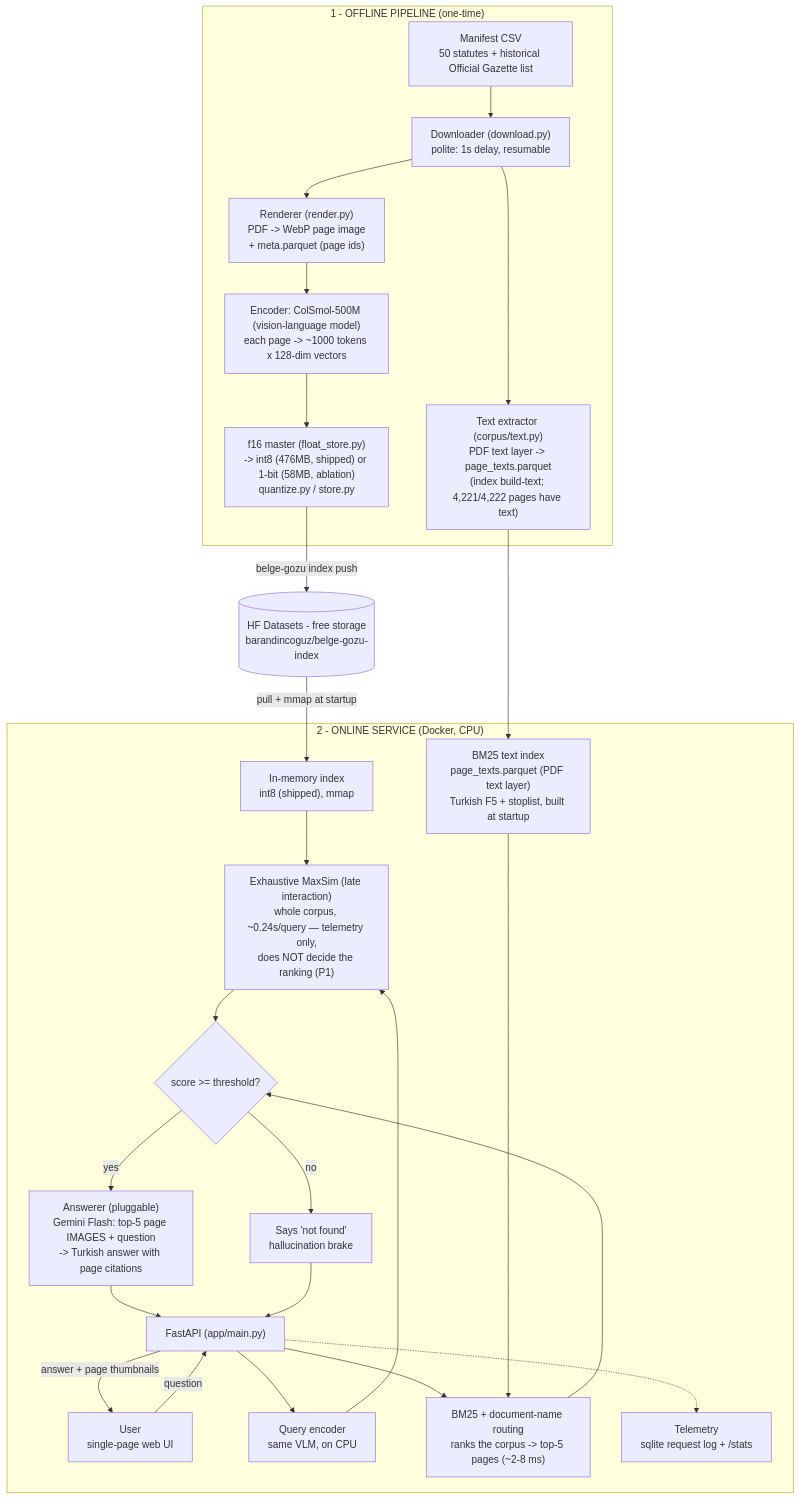
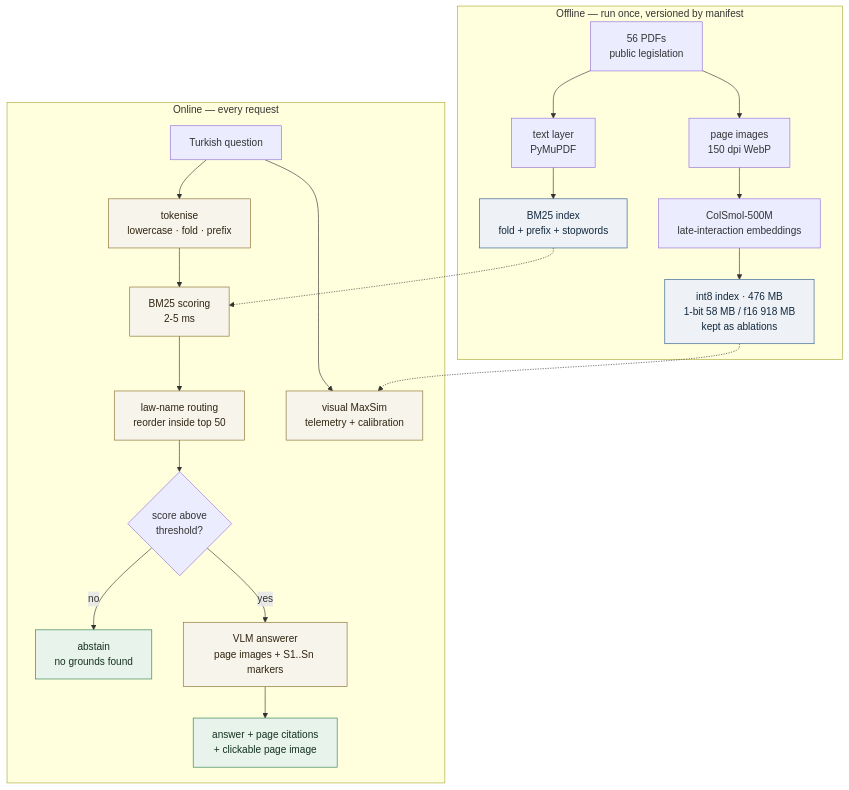
One commit to barandincoguz/belge-gozu changed the third of 3 diagrams in README.md. Above: the diagram before and after it, drawn with Mermaid. The commit also changed other lines of this file, not shown here.

````diff
--- a/README.md
+++ b/README.md
@@ -40,34 +117,31 @@
 ```mermaid
-flowchart TD
-  subgraph OFF["1 - OFFLINE PIPELINE (one-time)"]
-    M["Manifest CSV<br/>50 statutes + historical Official Gazette list"] --> D["Downloader (download.py)<br/>polite: 1s delay, resumable"]
-    D --> R["Renderer (render.py)<br/>PDF -> WebP page image<br/>+ meta.parquet (page ids)"]
-    R --> E["Encoder: ColSmol-500M (vision-language model)<br/>each page -> ~1000 tokens x 128-dim vectors"]
-    E --> P["f16 master (float_store.py)<br/>-> int8 (476MB, shipped) or 1-bit (58MB, ablation)<br/>quantize.py / store.py"]
-    D --> T["Text extractor (corpus/text.py)<br/>PDF text layer -> page_texts.parquet<br/>(index build-text; 4,221/4,222 pages have text)"]
-  end
+flowchart TB
+    subgraph OFF["Offline — run once, versioned by manifest"]
+        PDF["56 PDFs<br/>public legislation"] --> IMG["page images<br/>150 dpi WebP"]
+        PDF --> TXT["text layer<br/>PyMuPDF"]
+        IMG --> EMB["ColSmol-500M<br/>late-interaction embeddings"]
+        EMB --> Q8["int8 index · 476 MB<br/>1-bit 58 MB / f16 918 MB<br/>kept as ablations"]
+        TXT --> BM["BM25 index<br/>fold + prefix + stopwords"]
+    end
 
-  P -->|"belge-gozu index push"| HUB[("HF Datasets - free storage<br/>barandincoguz/belge-gozu-index")]
-  T --> TXT
+    subgraph ON["Online — every request"]
+        QRY["Turkish question"] --> TOK["tokenise<br/>lowercase · fold · prefix"]
+        TOK --> BM25["BM25 scoring<br/>2-5 ms"]
+        BM25 --> ROUTE["law-name routing<br/>reorder inside top 50"]
+        QRY --> VIS["visual MaxSim<br/>telemetry + calibration"]
+        ROUTE --> GATE{"score above<br/>threshold?"}
+        GATE -->|no| ABS["abstain<br/>no grounds found"]
+        GATE -->|yes| LLM["VLM answerer<br/>page images + S1..Sn markers"]
+        LLM --> CITE["answer + page citations<br/>+ clickable page image"]
+    end
 
-  subgraph ON["2 - ONLINE SERVICE (Docker, CPU)"]
-    IDX["In-memory index<br/>int8 (shipped), mmap"]
-    TXT["BM25 text index<br/>page_texts.parquet (PDF text layer)<br/>Turkish F5 + stoplist, built at startup"]
-    U["User<br/>single-page web UI"] -->|"question"| API["FastAPI (app/main.py)"]
-    API --> QE["Query encoder<br/>same VLM, on CPU"]
-    QE --> S2["Exhaustive MaxSim (late interaction)<br/>whole corpus, ~0.24s/query — telemetry only,<br/>does NOT decide the ranking (P1)"]
-    IDX --> S2
-    API --> BM["BM25 + document-name routing<br/>ranks the corpus -> top-5 pages (~2-8 ms)"]
-    TXT --> BM
-    S2 --> G
-    BM --> G{"score >= threshold?"}
-    G -->|"no"| AB["Says 'not found'<br/>hallucination brake"]
-    G -->|"yes"| ANS["Answerer (pluggable)<br/>Gemini Flash: top-5 page IMAGES + question<br/>-> Turkish answer with page citations"]
-    ANS --> API
-    AB --> API
-    API -->|"answer + page thumbnails"| U
-    API -.-> LOG["Telemetry<br/>sqlite request log + /stats"]
-  end
+    Q8 -.-> VIS
+    BM -.-> BM25
 
-  HUB -->|"pull + mmap at startup"| IDX
+    classDef store fill:#eef2f7,stroke:#2c5b8a,color:#12283d
+    classDef act fill:#f7f4ec,stroke:#8a6d2c,color:#2f2510
+    classDef out fill:#e8f3ec,stroke:#2e7d4f,color:#14321f
+    class Q8,BM store
+    class TOK,BM25,ROUTE,VIS,LLM act
+    class CITE,ABS out
 ```
````
